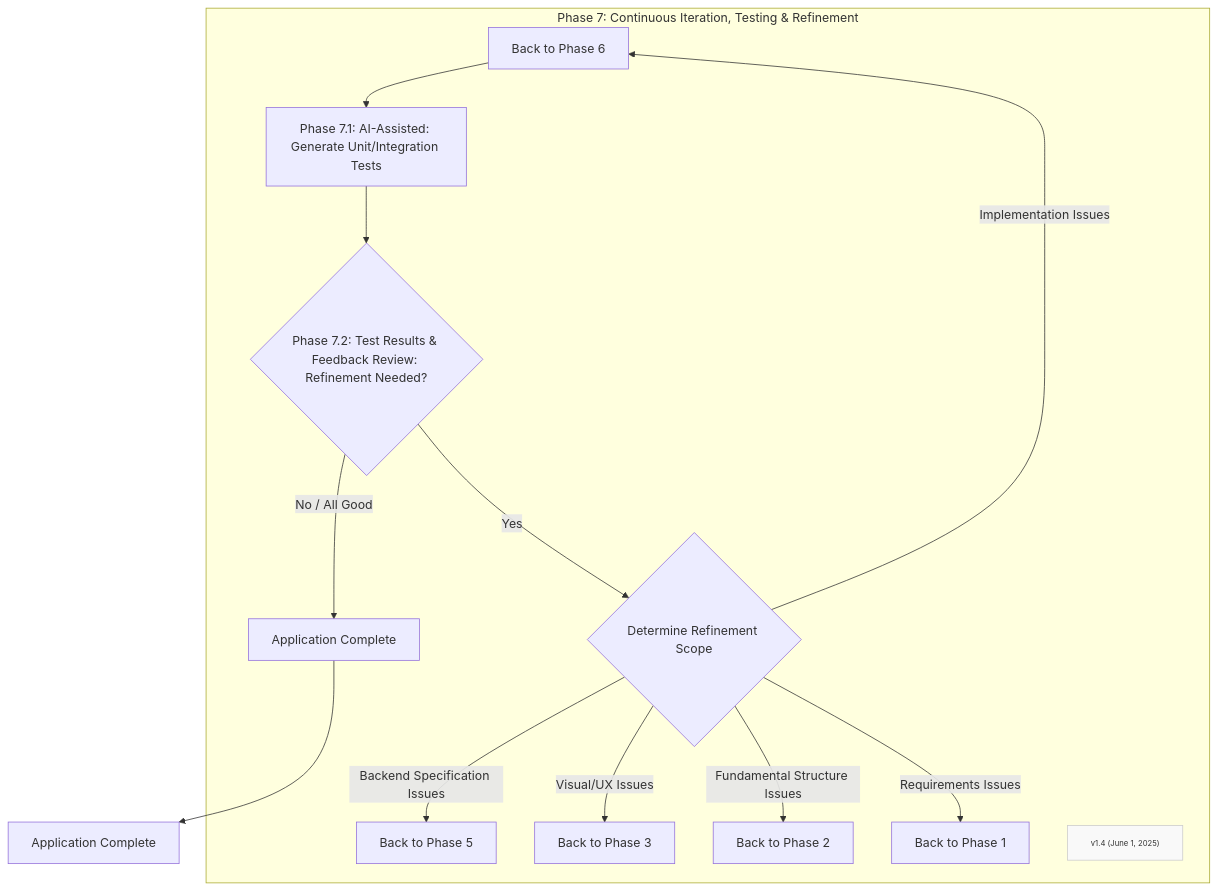
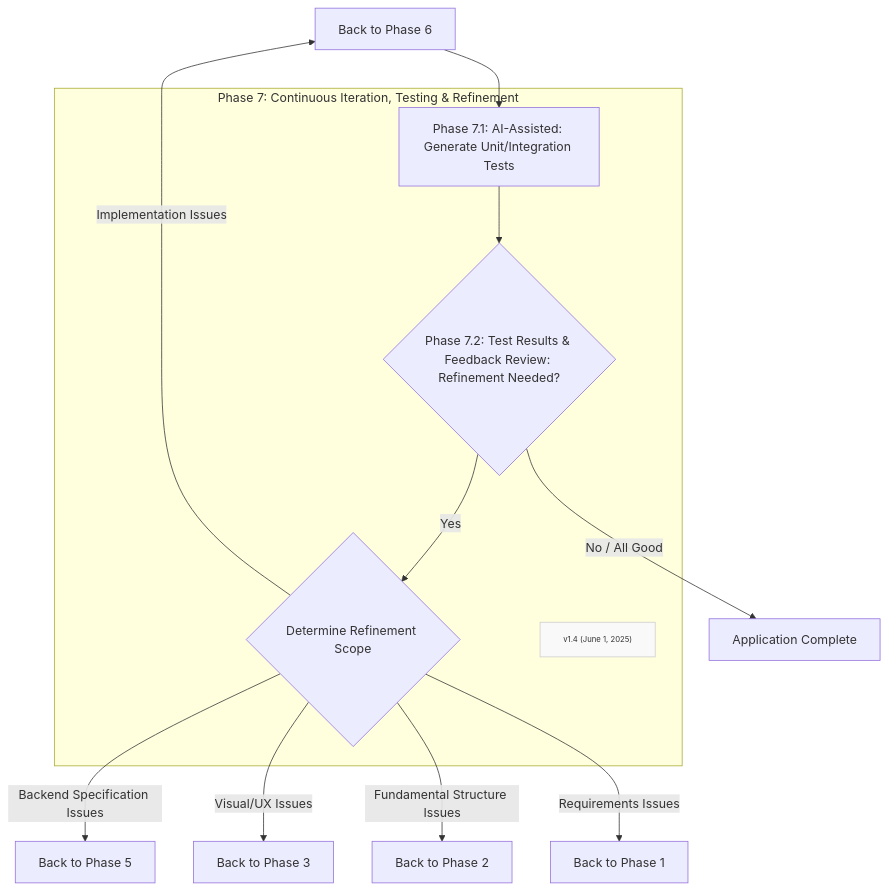
One commit to Mharbulous/Front-First-Method changed the diagram in Method/FF-phase7.md. Above: the diagram before and after it, drawn with Mermaid.

Commit message:
Refine phase 7 diagram

````diff
--- a/Method/FF-phase7.md
+++ b/Method/FF-phase7.md
@@ -1,20 +1,22 @@
 ```mermaid
 graph TD
     Phase6["Phase 6: AI-Assisted Backend Development & Integration"] --> Phase7_1
 
     subgraph Phase7 ["Phase 7: Continuous Iteration, Testing & Refinement"]
         Phase7_1["Phase 7.1: AI-Assisted: Generate Unit/Integration Tests"] --> Phase7_2_Val{"Phase 7.2: Test Results & Feedback Review: Refinement Needed?"}
-        Phase7_2_Val -->|No / All Good| ApplicationComplete["Application Complete"]
+        
         Phase7_2_Val -->|Yes| RefineDecision{"Determine Refinement Scope"}
-        RefineDecision -->|Implementation Issues| Phase6["Back to Phase 6"]
-        RefineDecision -->|Backend Specification Issues| Phase5["Back to Phase 5"]
-        RefineDecision -->|Visual/UX Issues| Phase3["Back to Phase 3"]
-        RefineDecision -->|Fundamental Structure Issues| Phase2["Back to Phase 2"]
-        RefineDecision -->|Requirements Issues| Phase1["Back to Phase 1"]
+        
         Version["v1.4 (June 1, 2025)"]
         classDef version fill:#f9f9f9,stroke:#ccc,font-size:10px
         class Version version
     end
 
-ApplicationComplete --> Phase8["Application Complete"]
+RefineDecision -->|Implementation Issues| Phase6["Back to Phase 6"]
+RefineDecision -->|Backend Specification Issues| Phase5["Back to Phase 5"]
+RefineDecision -->|Visual/UX Issues| Phase3["Back to Phase 3"]
+RefineDecision -->|Fundamental Structure Issues| Phase2["Back to Phase 2"]
+RefineDecision -->|Requirements Issues| Phase1["Back to Phase 1"]
+
+Phase7_2_Val -->|No / All Good| ApplicationComplete["Application Complete"]
 ```
````
